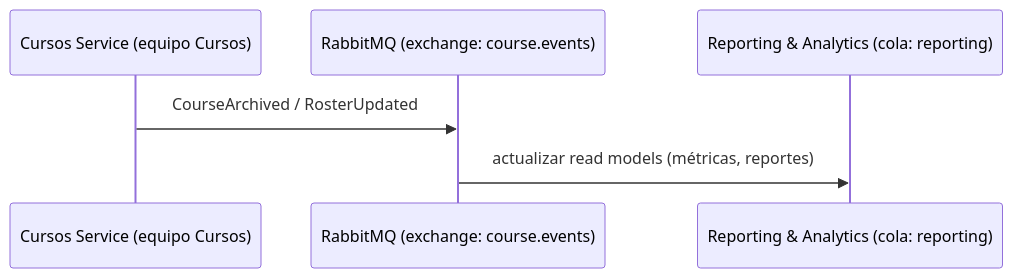
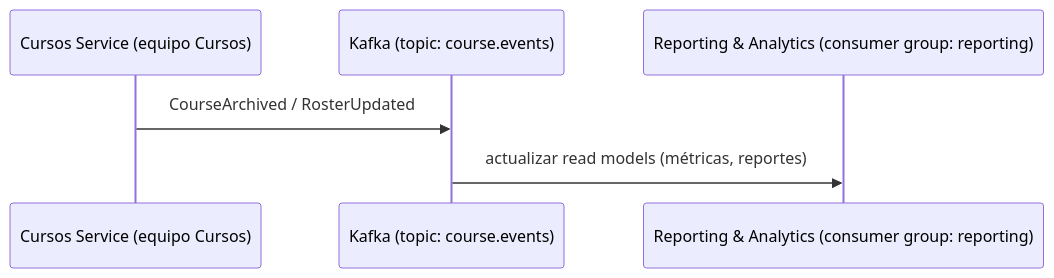
The fourth of 6 diagrams in docs/backend/arquitectura/comunicacion.md (2W2-114324-Carballo-Juarez-Mateo/backoffice-docs), drawn with Mermaid before and after one commit. The commit also changed other lines of this file and 20 other files, not shown here.

Commit message:
refactor: volver a Apache Kafka como broker (decisión de plataforma con Notificaciones/Banco); RabbitMQ como alternativa

````diff
--- a/docs/backend/arquitectura/comunicacion.md
+++ b/docs/backend/arquitectura/comunicacion.md
@@ -69,9 +69,9 @@
 ```mermaid
 sequenceDiagram
     participant CS as Cursos Service (equipo Cursos)
-    participant K as RabbitMQ (exchange: course.events)
-    participant RP as Reporting & Analytics (cola: reporting)
+    participant K as Kafka (topic: course.events)
+    participant RP as Reporting & Analytics (consumer group: reporting)
 
     CS->>K: CourseArchived / RosterUpdated
     K->>RP: actualizar read models (métricas, reportes)
 ```
````
